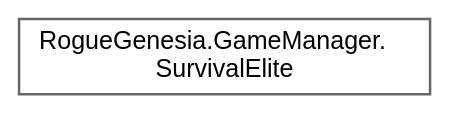
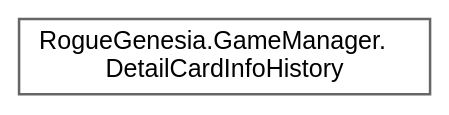
Before and after one commit to PlexusDuMenton/RogueGenesiaModAPI: the diagram in inherit_graph_134.dot, drawn with Graphviz. The commit also changed 1123 other files, not shown here.

```diff
--- a/inherit_graph_134.dot
+++ b/inherit_graph_134.dot
@@ -1,9 +1,9 @@
 digraph "Graphical Class Hierarchy"
 {
  // LATEX_PDF_SIZE
   bgcolor="transparent";
   edge [fontname=Helvetica,fontsize=10,labelfontname=Helvetica,labelfontsize=10];
   node [fontname=Helvetica,fontsize=10,shape=box,height=0.2,width=0.4];
   rankdir="LR";
-  Node0 [label="RogueGenesia.GameManager.\lSurvivalElite",height=0.2,width=0.4,color="grey40", fillcolor="white", style="filled",URL="$class_rogue_genesia_1_1_game_manager_1_1_survival_elite.html",tooltip=" "];
+  Node0 [label="RogueGenesia.GameManager.\lDetailCardInfoHistory",height=0.2,width=0.4,color="grey40", fillcolor="white", style="filled",URL="$class_rogue_genesia_1_1_game_manager_1_1_detail_card_info_history.html",tooltip=" "];
 }
```
